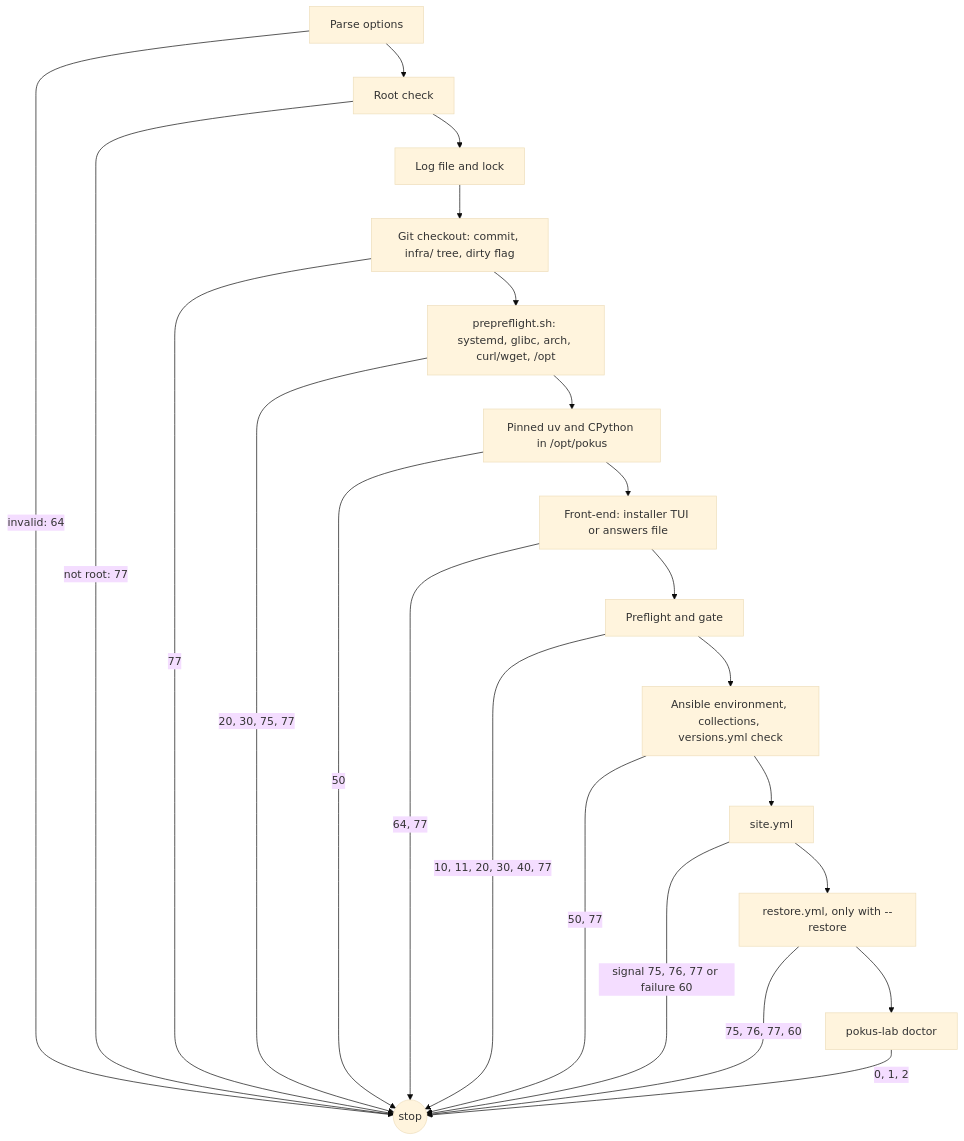
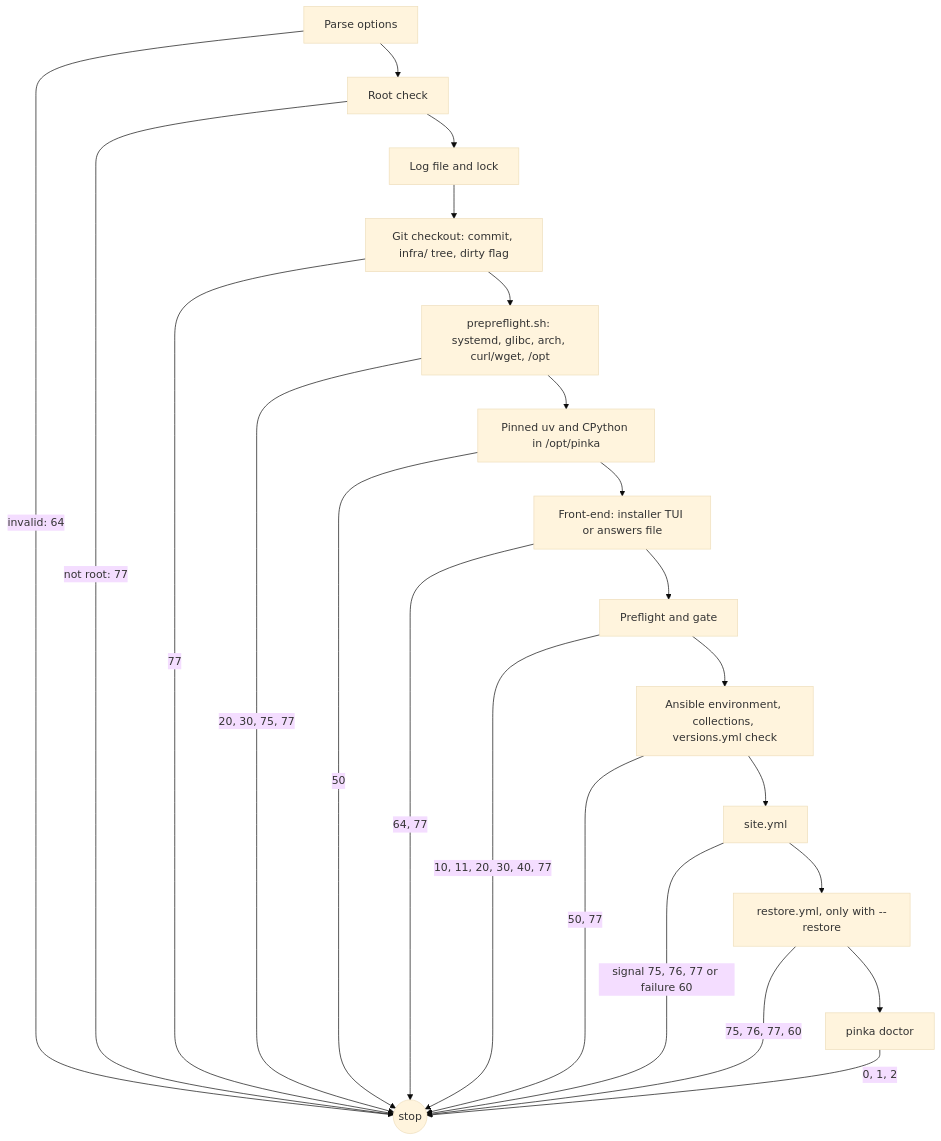
Before and after one commit to metharda/pokus-infrastructure: the diagram in infra/docs/explanation/bootstrap.md, drawn with Mermaid (base theme). The commit also changed other lines of this file and 941 other files, not shown here.

First line of the commit message:
refactor(infra): rename pokus to pinka and potka (plan step 3c)

````diff
--- a/infra/docs/explanation/bootstrap.md
+++ b/infra/docs/explanation/bootstrap.md
@@ -22,15 +22,15 @@
 ```mermaid
 flowchart TD
     args[Parse options] -->|invalid: 64| stop((stop))
     args --> root[Root check] -->|not root: 77| stop
     root --> log[Log file and lock]
     log --> git[Git checkout: commit, infra/ tree, dirty flag] -->|77| stop
     git --> pre[prepreflight.sh: systemd, glibc, arch, curl/wget, /opt] -->|20, 30, 75, 77| stop
-    pre --> tools[Pinned uv and CPython in /opt/pokus] -->|50| stop
+    pre --> tools[Pinned uv and CPython in /opt/pinka] -->|50| stop
     tools --> front[Front-end: installer TUI or answers file] -->|64, 77| stop
     front --> preflight[Preflight and gate] -->|10, 11, 20, 30, 40, 77| stop
     preflight --> env[Ansible environment, collections, versions.yml check] -->|50, 77| stop
     env --> play[site.yml] -->|signal 75, 76, 77 or failure 60| stop
     play --> restore[restore.yml, only with --restore] -->|75, 76, 77, 60| stop
-    restore --> doctor[pokus-lab doctor] -->|0, 1, 2| stop
+    restore --> doctor[pinka doctor] -->|0, 1, 2| stop
 ```
````
